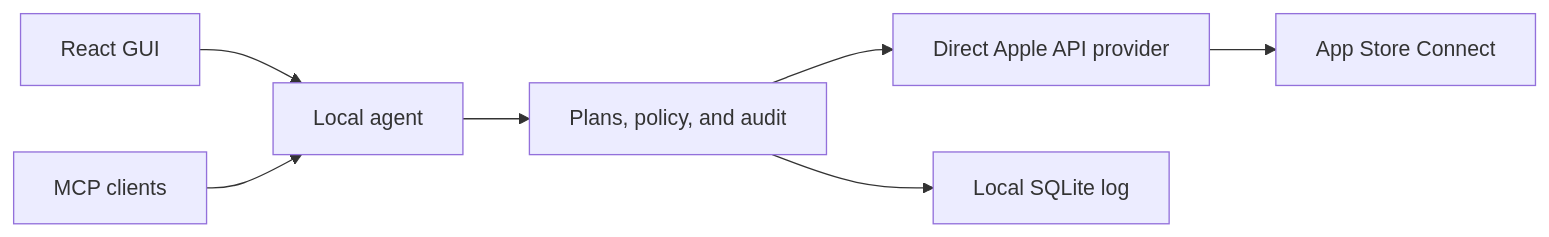
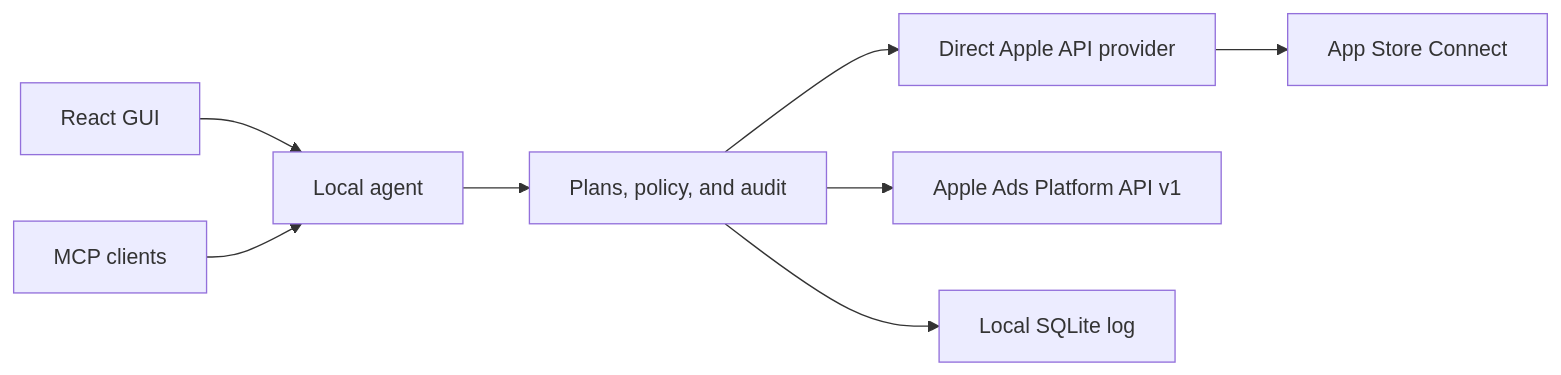
Before and after one commit to maxgrev/asc-studio: the diagram in README.md, drawn with Mermaid. The commit also changed other lines of this file and 15 other files, not shown here.

Commit message:
Add Apple Ads research and reporting tools

````diff
--- a/README.md
+++ b/README.md
@@ -21,9 +22,10 @@
 ```mermaid
 flowchart LR
   GUI["React GUI"] --> Agent["Local agent"]
   MCP["MCP clients"] --> Agent
   Agent --> Core["Plans, policy, and audit"]
   Core --> ASC["Direct Apple API provider"]
+  Core --> Ads["Apple Ads Platform API v1"]
   Core --> DB["Local SQLite log"]
   ASC --> Apple["App Store Connect"]
 ```
````
